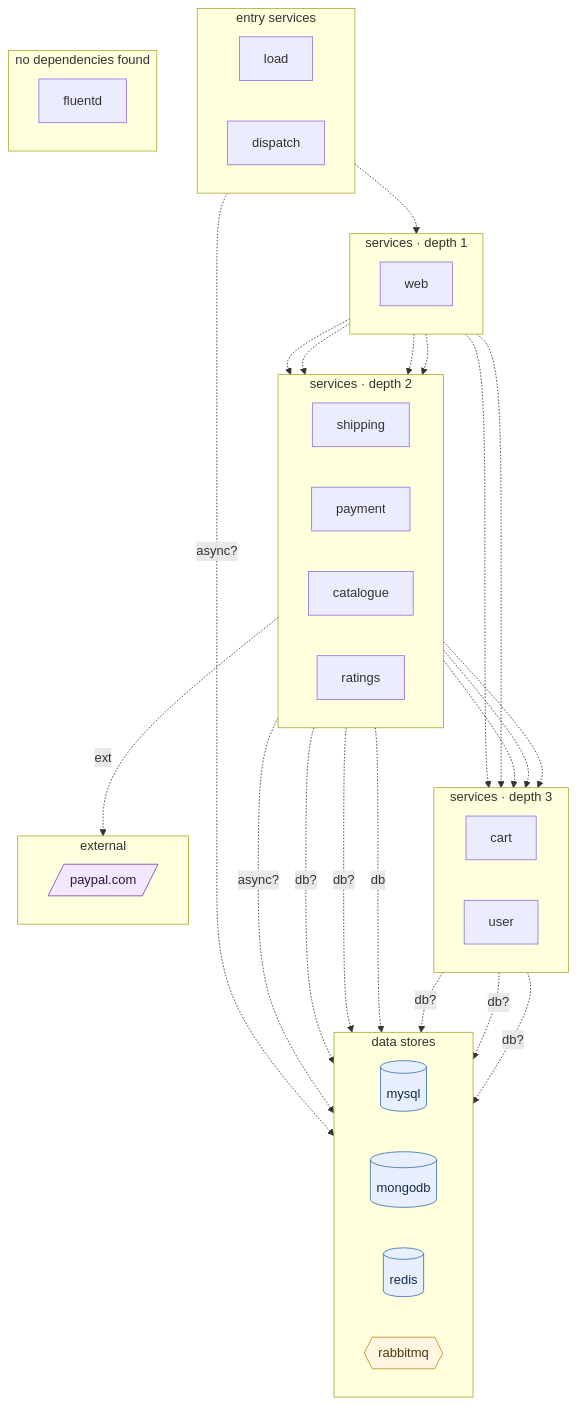
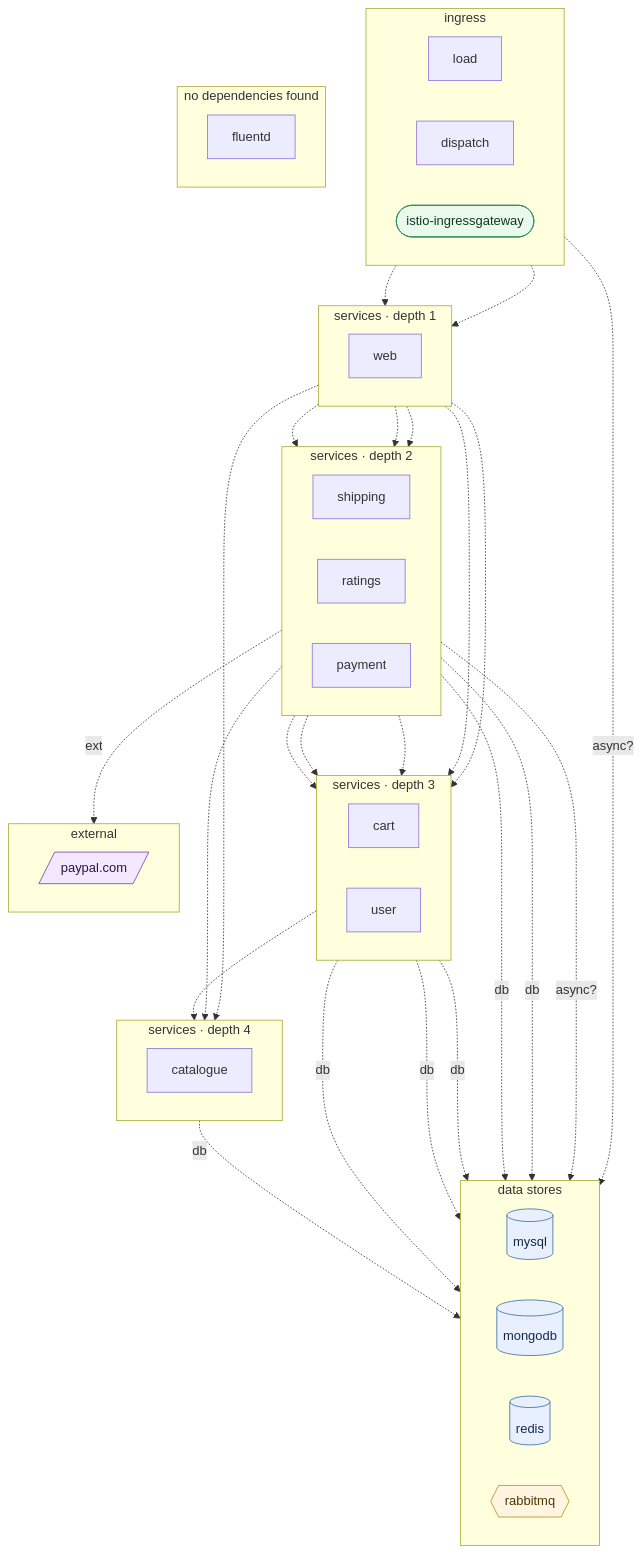
One commit to ANYuu531/ChatOps4Msa-Pipeline changed the diagram in docs/generalization/robot-shop.summary.md. Above: the diagram before and after it, drawn with Mermaid. The commit also changed other lines of this file and 92 other files, not shown here.

````diff
--- a/docs/generalization/robot-shop.summary.md
+++ b/docs/generalization/robot-shop.summary.md
@@ -77,65 +86,73 @@
 ```mermaid
 flowchart TB
 %% DepWeaver — microservice dependency graph
 %% solid arrow = observed at runtime (Istio) · dashed = declared in code/doc only
 %% node shape: [service] ([gateway]) [(db)] {{queue}} [/external/]
-  subgraph layer0 ["entry services"]
+  subgraph layer0 ["ingress"]
     direction LR
     load["load"]
     dispatch["dispatch"]
+    istio_ingressgateway(["istio-ingressgateway"]):::gateway
   end
   subgraph layer1 ["services · depth 1"]
     direction LR
     web["web"]
   end
   subgraph layer2 ["services · depth 2"]
     direction LR
     shipping["shipping"]
+    ratings["ratings"]
     payment["payment"]
-    catalogue["catalogue"]
-    ratings["ratings"]
   end
   subgraph layer3 ["services · depth 3"]
     direction LR
     cart["cart"]
     user["user"]
   end
-  subgraph layer4 ["data stores"]
+  subgraph layer4 ["services · depth 4"]
+    direction LR
+    catalogue["catalogue"]
+  end
+  subgraph layer5 ["data stores"]
     direction LR
     mysql[("mysql")]:::db
     mongodb[("mongodb")]:::db
     redis[("redis")]:::db
     rabbitmq{{"rabbitmq"}}:::queue
   end
-  subgraph layer5 ["external"]
+  subgraph layer6 ["external"]
     direction LR
     paypal_com[/"paypal.com"/]:::external
   end
-  subgraph layer6 ["no dependencies found"]
+  subgraph layer7 ["no dependencies found"]
     direction LR
     fluentd["fluentd"]
   end
   shipping -.-> cart
   shipping -. db .-> mysql
+  ratings -.-> catalogue
+  user -. db .-> mongodb
+  cart -.-> catalogue
+  catalogue -. db .-> mongodb
   payment -. ext .-> paypal_com
   payment -.-> cart
   payment -.-> user
   load -.-> web
-  catalogue -. db? .-> mongodb
-  user -. db? .-> mongodb
-  user -. db? .-> redis
-  cart -. db? .-> redis
-  ratings -. db? .-> mysql
+  user -. db .-> redis
+  cart -. db .-> redis
+  ratings -. db .-> mysql
   payment -. async? .-> rabbitmq
   dispatch -. async? .-> rabbitmq
   web -.-> catalogue
   web -.-> user
   web -.-> shipping
   web -.-> payment
   web -.-> cart
   web -.-> ratings
+  istio_ingressgateway -.-> web
 classDef db fill:#e8f0ff,stroke:#3a6ea5,color:#13294b;
 classDef queue fill:#fff5e0,stroke:#c08a1e,color:#4a370a;
+classDef gateway fill:#e9f9ec,stroke:#2e8b57,color:#14351f;
 classDef external fill:#f3e8ff,stroke:#7a3fb0,color:#2e1440;
 
 ```
````
